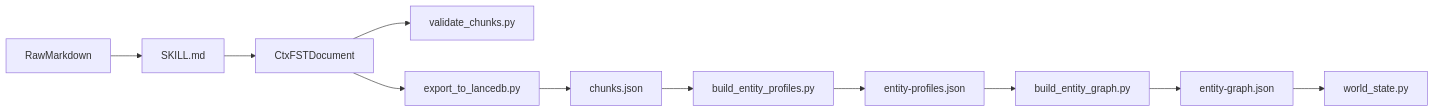
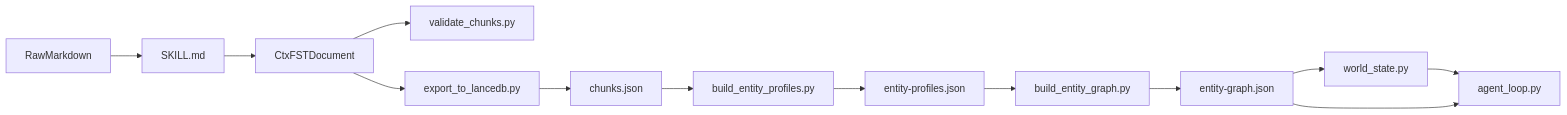
The diagram in README.md (ctxfst/skill-chunk-md), drawn with Mermaid before and after one commit. The commit also changed other lines of this file, not shown here.

First line of the commit message:
docs: update README for v2.1 agent runtime

````diff
--- a/README.md
+++ b/README.md
@@ -64,13 +77,15 @@
 ```mermaid
 flowchart LR
 rawMarkdown[RawMarkdown] --> skill[SKILL.md]
 skill --> ctxfstDoc[CtxFSTDocument]
 ctxfstDoc --> validate[validate_chunks.py]
 ctxfstDoc --> export[export_to_lancedb.py]
 export --> chunksJson[chunks.json]
 chunksJson --> profilesBuilder[build_entity_profiles.py]
 profilesBuilder --> entityProfiles[entity-profiles.json]
 entityProfiles --> graphBuilder[build_entity_graph.py]
 graphBuilder --> entityGraph[entity-graph.json]
 entityGraph --> agentState[world_state.py]
+agentState --> agentLoop[agent_loop.py]
+entityGraph --> agentLoop
 ```
````
